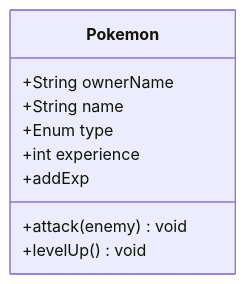
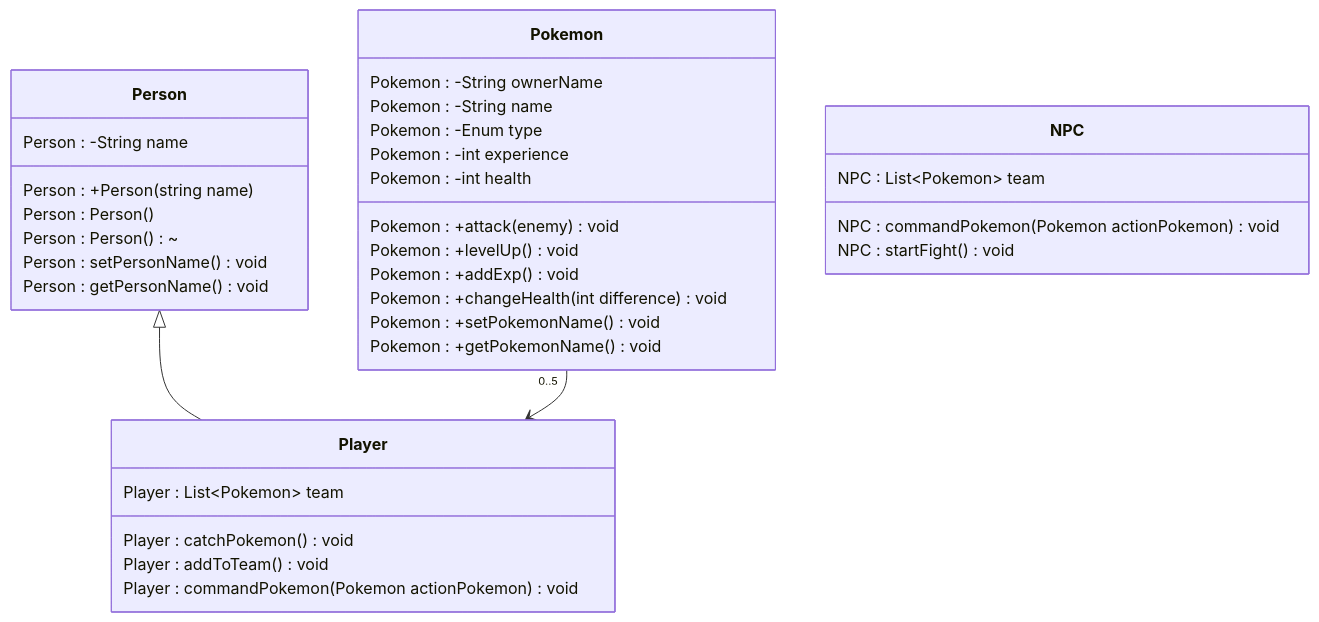
Before and after one commit to rjordell/Pokemon-Like-RPG: the diagram in README.md, drawn with Mermaid. The commit also changed other lines of this file, not shown here.

Commit message:
Added Player, NPC, Person classes to UML diagram and updated Pokemon class members

````diff
--- a/README.md
+++ b/README.md
@@ -21,11 +21,39 @@
 ```mermaid
 classDiagram
-    class Pokemon
-    Pokemon : +String ownerName
-    Pokemon : +String name
-    Pokemon : +Enum type
-    Pokemon : +int experience
+    class Pokemon {
+    Pokemon : -String ownerName
+    Pokemon : -String name
+    Pokemon : -Enum type
+    Pokemon : -int experience
+    Pokemon : -int health
     Pokemon : +attack(enemy) void
     Pokemon : +levelUp() void
-    Pokemon : +addExp
+    Pokemon : +addExp() void
+    Pokemon : +changeHealth(int difference) void
+    Pokemon : +setPokemonName() void
+    Pokemon : +getPokemonName() void
+}
+    class Person {
+    Person : -String name
+    Person : +Person(string name)
+    Person : Person()
+    Person : Person()~
+    Person : setPersonName() void
+    Person : getPersonName() void
+}
+    class Player {
+    Player : List~Pokemon~ team
+    Player : catchPokemon() void
+    Player : addToTeam() void
+    Player : commandPokemon(Pokemon actionPokemon) void
+}
+    class NPC {
+    NPC : List~Pokemon~ team
+    NPC : commandPokemon(Pokemon actionPokemon) void
+    NPC : startFight() void
+}
+
+Person<|--Player
+Pokemon "0..5" --> Player
+
 ```
````
